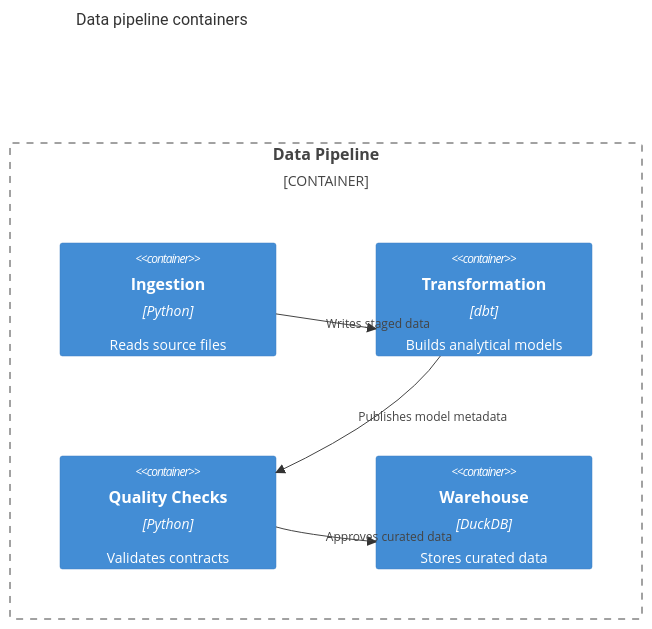
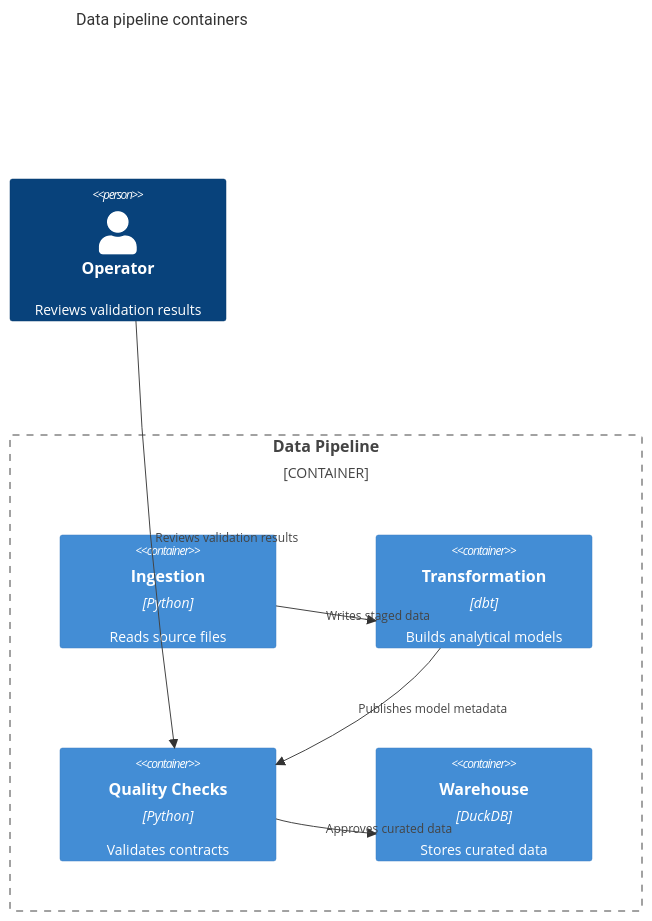
One commit to mols3131d/mols-agent-assets changed the second of 6 diagrams in src/rulesync/.rulesync/skills/mols-mermaid-diagram/references/examples/c4-context.md. Above: the diagram before and after it, drawn with Mermaid. The commit also changed other lines of this file and 17 other files, not shown here.

Commit message:
feat(mermaid): viewport 및 reference 지침 개선

````diff
--- a/src/rulesync/.rulesync/skills/mols-mermaid-diagram/references/examples/c4-context.md
+++ b/src/rulesync/.rulesync/skills/mols-mermaid-diagram/references/examples/c4-context.md
@@ -20,14 +22,16 @@
 ```mermaid
 C4Container
     title Data pipeline containers
+    Person(operator, "Operator", "Reviews validation results")
     Container_Boundary(pipeline, "Data Pipeline") {
         Container(ingest, "Ingestion", "Python", "Reads source files")
         Container(transform, "Transformation", "dbt", "Builds analytical models")
         Container(quality, "Quality Checks", "Python", "Validates contracts")
         Container(store, "Warehouse", "DuckDB", "Stores curated data")
     }
 
     Rel(ingest, transform, "Writes staged data")
     Rel(transform, quality, "Publishes model metadata")
     Rel(quality, store, "Approves curated data")
+    Rel(operator, quality, "Reviews validation results")
 ```
````
